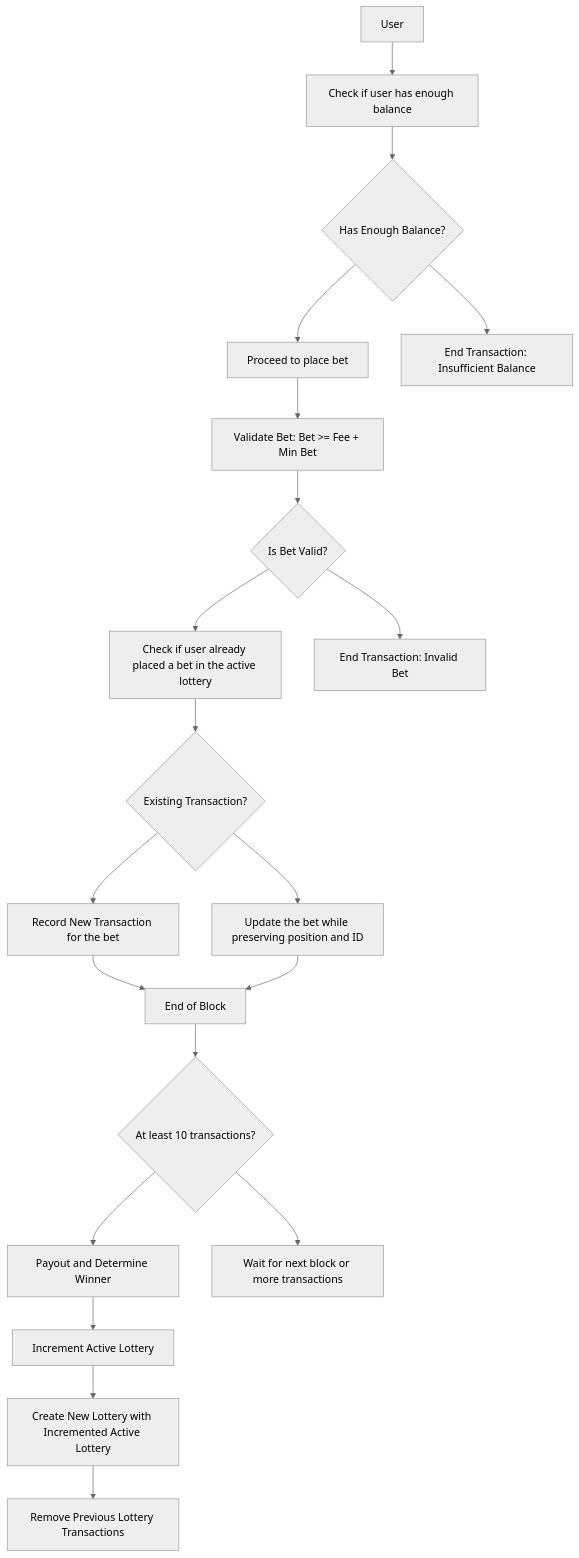
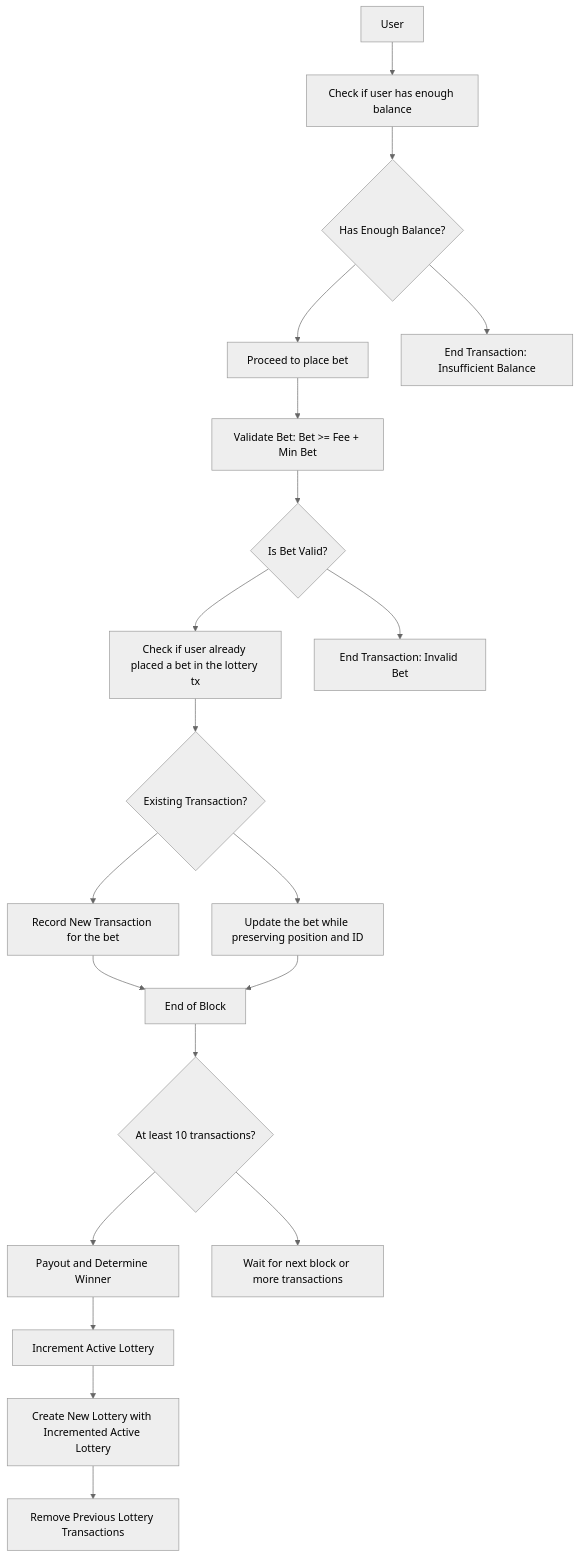
The diagram in readme.md (Elvis339/cosmos-lottery), drawn with Mermaid (neutral theme) before and after one commit. The commit also changed other lines of this file, not shown here.

````diff
--- a/readme.md
+++ b/readme.md
@@ -50,30 +61,30 @@
 ```mermaid
 graph TB    
     user[User] --> checkBalance[Check if user has enough balance]
     checkBalance --> hasBalance{Has Enough Balance?}
     
     hasBalance --> yesBalance[Proceed to place bet]
     hasBalance --> noBalance[End Transaction: Insufficient Balance]
     
     yesBalance --> validateBet[Validate Bet: Bet >= Fee + Min Bet]
     validateBet --> validBet{Is Bet Valid?}
     
-    validBet --> yesValid[Check if user already placed a bet in the active lottery]
+    validBet --> yesValid[Check if user already placed a bet in the lottery tx]
     validBet --> noValid[End Transaction: Invalid Bet]
     
     yesValid --> exists{Existing Transaction?}
     
     exists --> updateBet[Update the bet while preserving position and ID]
     exists --> newBet[Record New Transaction for the bet]
     
     newBet --> endBlock[End of Block]
     updateBet --> endBlock
     
     endBlock --> has10Transactions{At least 10 transactions?}
     has10Transactions --> yes10[Payout and Determine Winner]
     has10Transactions --> no10[Wait for next block or more transactions]
     
     yes10 --> incrementLottery[Increment Active Lottery]
     incrementLottery --> createNewLottery[Create New Lottery with Incremented Active Lottery]
     createNewLottery --> removePreviousTransactions[Remove Previous Lottery Transactions]
 ```
````
